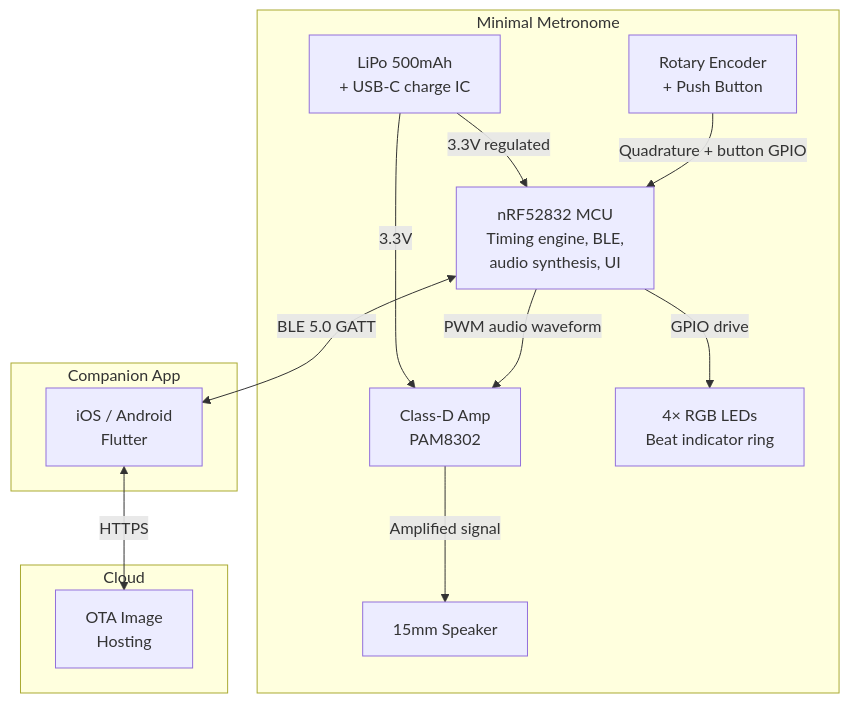
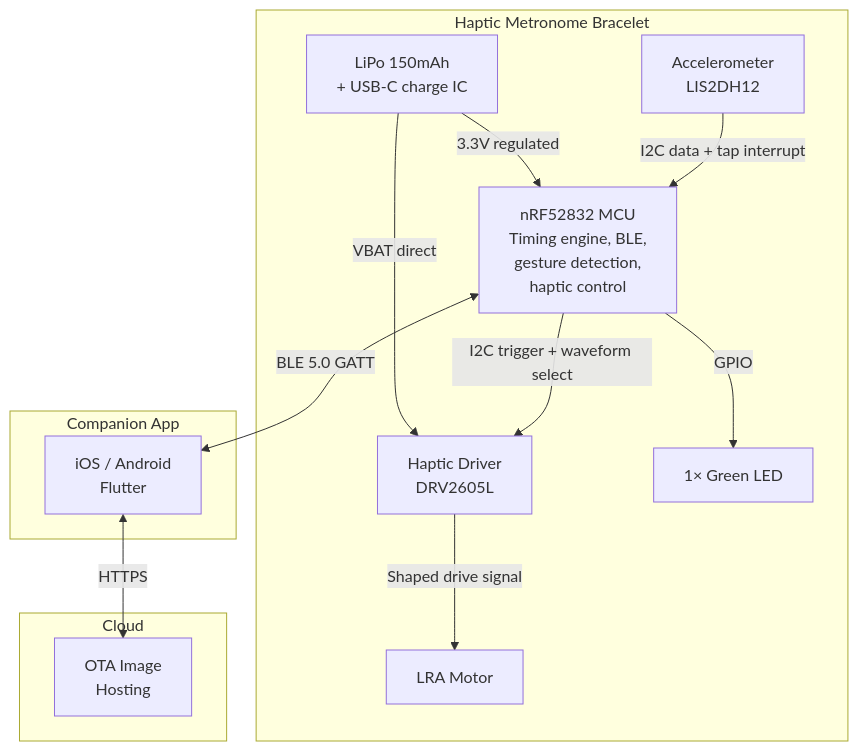
Before and after one commit to yoelf22/electrum: the first of 2 diagrams in metronome/system_description.md, drawn with Mermaid. The commit also changed other lines of this file and 3 other files, not shown here.

First line of the commit message:
Pivot to Haptic Metronome Bracelet — full rework of all 4 phases

````diff
--- a/metronome/system_description.md
+++ b/metronome/system_description.md
@@ -66,28 +66,28 @@
 ```mermaid
 graph TD
-    subgraph Device["Minimal Metronome"]
-        ENC[Rotary Encoder<br/>+ Push Button]
-        MCU[nRF52832 MCU<br/>Timing engine, BLE,<br/>audio synthesis, UI]
-        AMP[Class-D Amp<br/>PAM8302]
-        SPK[15mm Speaker]
-        LEDS[4× RGB LEDs<br/>Beat indicator ring]
-        PWR[LiPo 500mAh<br/>+ USB-C charge IC]
+    subgraph Device["Haptic Metronome Bracelet"]
+        ACCEL[Accelerometer<br/>LIS2DH12]
+        MCU[nRF52832 MCU<br/>Timing engine, BLE,<br/>gesture detection,<br/>haptic control]
+        HDRV[Haptic Driver<br/>DRV2605L]
+        LRA[LRA Motor]
+        LED[1× Green LED]
+        PWR[LiPo 150mAh<br/>+ USB-C charge IC]
     end
 
     subgraph App["Companion App"]
         MOBILE[iOS / Android<br/>Flutter]
     end
 
     subgraph Cloud["Cloud"]
         OTA[OTA Image<br/>Hosting]
     end
 
-    ENC -->|Quadrature + button GPIO| MCU
-    MCU -->|PWM audio waveform| AMP
-    AMP -->|Amplified signal| SPK
-    MCU -->|GPIO drive| LEDS
+    ACCEL -->|I2C data + tap interrupt| MCU
+    MCU -->|I2C trigger + waveform select| HDRV
+    HDRV -->|Shaped drive signal| LRA
+    MCU -->|GPIO| LED
     PWR -->|3.3V regulated| MCU
-    PWR -->|3.3V| AMP
+    PWR -->|VBAT direct| HDRV
     MCU <-->|BLE 5.0 GATT| MOBILE
     MOBILE <-->|HTTPS| OTA
 ```
````
